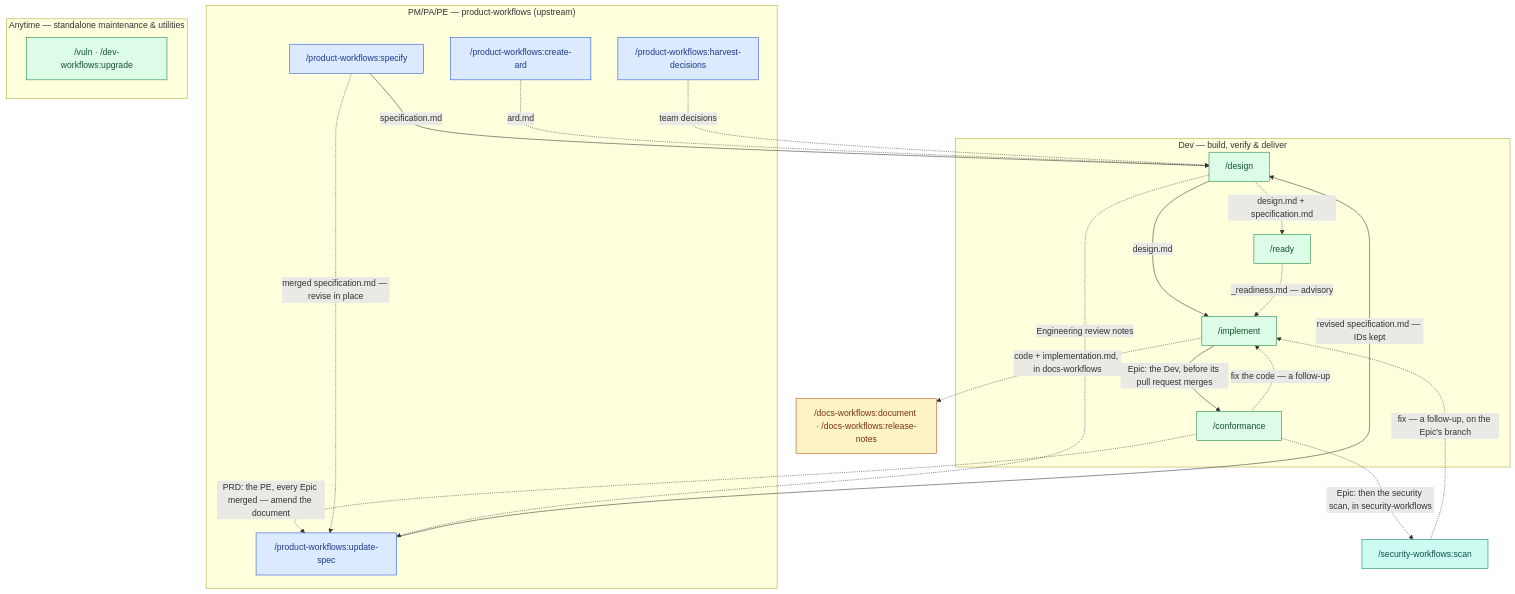
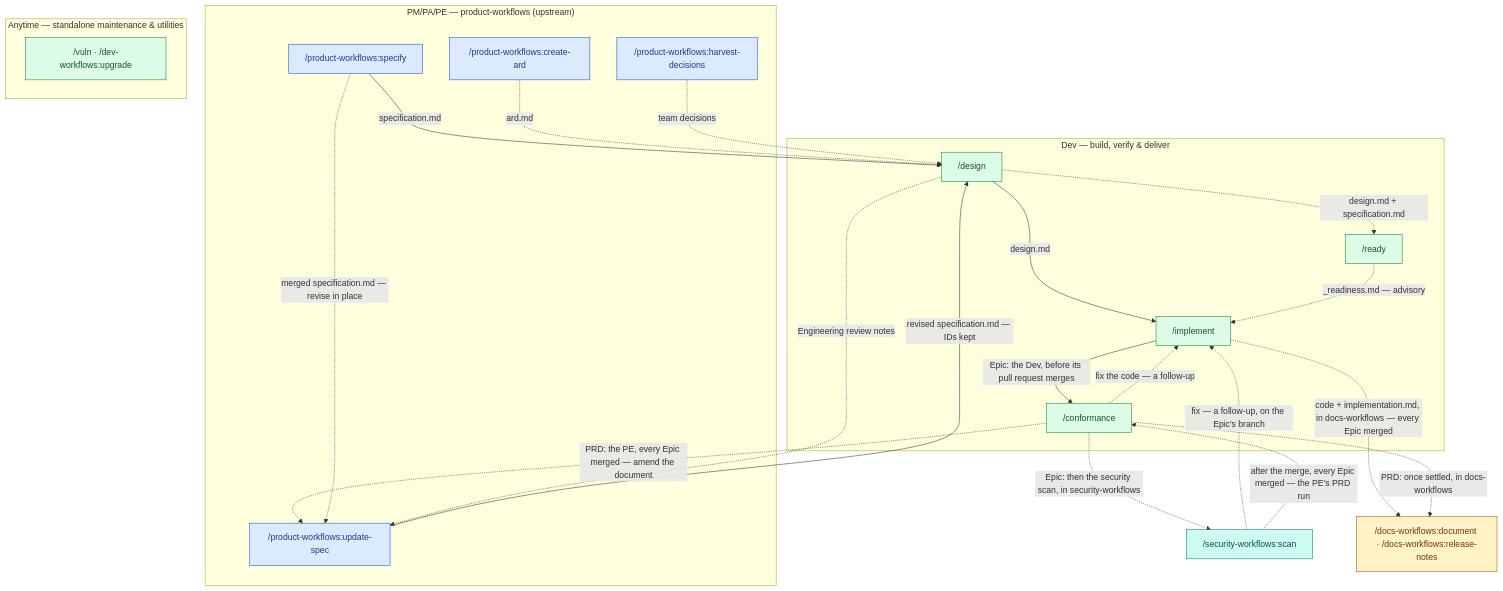
The diagram in plugins/dev-workflows/docs/workflow.md (ihudak/ai-workflows), drawn with Mermaid before and after one commit. The commit also changed other lines of this file and 47 other files, not shown here.

First line of the commit message:
fix: B32 — the family's entry points: four diagrams draw /document after the PE's PRD conformance, the status-line cross-check and the run flags are documented, three getting-started pages install the status line, and check 29 holds each README's documentation table to every page

````diff
--- a/plugins/dev-workflows/docs/workflow.md
+++ b/plugins/dev-workflows/docs/workflow.md
@@ -5,37 +5,39 @@
 ```mermaid
 flowchart TD
     subgraph PMPRD["PM/PA/PE — product-workflows (upstream)"]
         specify["/product-workflows:specify"]:::prod
         updatespec["/product-workflows:update-spec"]:::prod
         createard["/product-workflows:create-ard"]:::prod
         harvest["/product-workflows:harvest-decisions"]:::prod
     end
     subgraph DEV["Dev — build, verify & deliver"]
         design["/design"]:::dev -->|design.md| implement["/implement"]:::dev
         ready["/ready"]:::dev
         conformance["/conformance"]:::dev
     end
     subgraph ANY["Anytime — standalone maintenance & utilities"]
         maint["/vuln · /dev-workflows:upgrade"]:::dev
     end
 
     specify -->|specification.md| design
     createard -.->|ard.md| design
     harvest -.->|team decisions| design
     design -.->|design.md + specification.md| ready
     ready -.->|_readiness.md — advisory| implement
     implement -->|"Epic: the Dev, before its pull request merges"| conformance
     conformance -.->|"fix the code — a follow-up"| implement
     conformance -.->|"PRD: the PE, every Epic merged — amend the document"| updatespec
     specify -.->|"merged specification.md — revise in place"| updatespec
     updatespec -->|"revised specification.md — IDs kept"| design
     design -.->|"Engineering review notes"| updatespec
     conformance -.->|"Epic: then the security scan, in security-workflows"| secplugin["/security-workflows:scan"]:::sec
     secplugin -.->|"fix — a follow-up, on the Epic's branch"| implement
-    implement -.->|code + implementation.md, in docs-workflows| docsplugin["/docs-workflows:document · /docs-workflows:release-notes"]:::docs
+    secplugin -.->|"after the merge, every Epic merged — the PE's PRD run"| conformance
+    implement -.->|"code + implementation.md, in docs-workflows — every Epic merged"| docsplugin["/docs-workflows:document · /docs-workflows:release-notes"]:::docs
+    conformance -.->|"PRD: once settled, in docs-workflows"| docsplugin
 
     classDef prod fill:#dbeafe,stroke:#1d4ed8,color:#1e3a8a
     classDef dev fill:#dcfce7,stroke:#15803d,color:#14532d
     classDef docs fill:#fef3c7,stroke:#b45309,color:#78350f
     classDef sec fill:#ccfbf1,stroke:#0f766e,color:#134e4a
 ```
````
